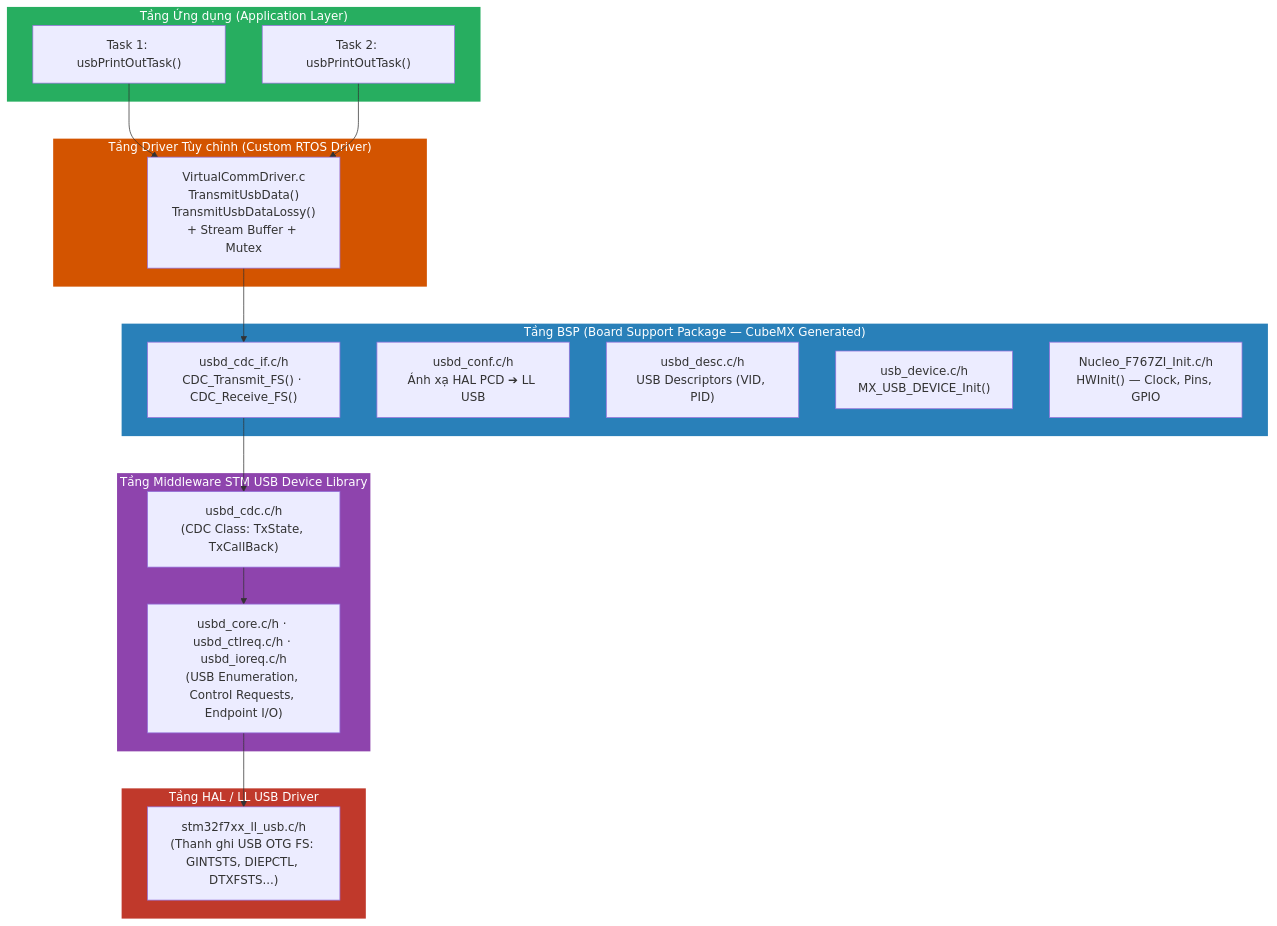
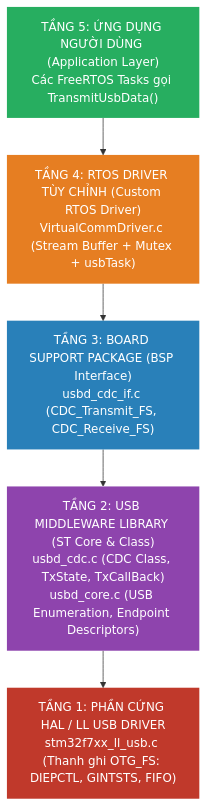
The second of 8 diagrams in 10_Sharing_Hardware_Peripherals.md (MinnT15/RTOS), drawn with Mermaid before and after one commit. The commit also changed other lines of this file, not shown here.

Commit message:
docs: upgrade Chapter 10 Sharing Hardware Peripherals across Tasks to 100% textbook depth (Amos Ch11 & Barry Ch7)

````diff
--- a/10_Sharing_Hardware_Peripherals.md
+++ b/10_Sharing_Hardware_Peripherals.md
@@ -733,41 +160,14 @@
 ```mermaid
 graph TD
-    subgraph App_Layer ["Tầng Ứng dụng (Application Layer)"]
-        TASK1["Task 1: usbPrintOutTask()"]
-        TASK2["Task 2: usbPrintOutTask()"]
-    end
-    
-    subgraph Driver_Layer ["Tầng Driver Tùy chỉnh (Custom RTOS Driver)"]
-        VCD["VirtualCommDriver.c<br/>TransmitUsbData()<br/>TransmitUsbDataLossy()<br/>+ Stream Buffer + Mutex"]
-    end
-    
-    subgraph BSP_Layer ["Tầng BSP (Board Support Package — CubeMX Generated)"]
-        CDC_IF["usbd_cdc_if.c/h<br/>CDC_Transmit_FS() · CDC_Receive_FS()"]
-        CONF["usbd_conf.c/h<br/>Ánh xạ HAL PCD ➔ LL USB"]
-        DESC["usbd_desc.c/h<br/>USB Descriptors (VID, PID)"]
-        INIT["usb_device.c/h<br/>MX_USB_DEVICE_Init()"]
-        HW["Nucleo_F767ZI_Init.c/h<br/>HWInit() — Clock, Pins, GPIO"]
-    end
-    
-    subgraph Middleware ["Tầng Middleware STM USB Device Library"]
-        CDC_CLASS["usbd_cdc.c/h<br/>(CDC Class: TxState, TxCallBack)"]
-        CORE["usbd_core.c/h · usbd_ctlreq.c/h · usbd_ioreq.c/h<br/>(USB Enumeration, Control Requests, Endpoint I/O)"]
-    end
-    
-    subgraph HAL_Layer ["Tầng HAL / LL USB Driver"]
-        LL["stm32f7xx_ll_usb.c/h<br/>(Thanh ghi USB OTG FS: GINTSTS, DIEPCTL, DTXFSTS...)"]
-    end
-    
-    TASK1 --> VCD
-    TASK2 --> VCD
-    VCD --> CDC_IF
-    CDC_IF --> CDC_CLASS
-    CDC_CLASS --> CORE
-    CORE --> LL
-    
-    style App_Layer fill:#27ae60,color:#fff,stroke:none
-    style Driver_Layer fill:#d35400,color:#fff,stroke:none
-    style BSP_Layer fill:#2980b9,color:#fff,stroke:none
-    style Middleware fill:#8e44ad,color:#fff,stroke:none
-    style HAL_Layer fill:#c0392b,color:#fff,stroke:none
+    L5["TẦNG 5: ỨNG DỤNG NGƯỜI DÙNG (Application Layer)<br/>Các FreeRTOS Tasks gọi TransmitUsbData()"] --> L4
+    L4["TẦNG 4: RTOS DRIVER TÙY CHỈNH (Custom RTOS Driver)<br/>VirtualCommDriver.c (Stream Buffer + Mutex + usbTask)"] --> L3
+    L3["TẦNG 3: BOARD SUPPORT PACKAGE (BSP Interface)<br/>usbd_cdc_if.c (CDC_Transmit_FS, CDC_Receive_FS)"] --> L2
+    L2["TẦNG 2: USB MIDDLEWARE LIBRARY (ST Core & Class)<br/>usbd_cdc.c (CDC Class, TxState, TxCallBack)<br/>usbd_core.c (USB Enumeration, Endpoint Descriptors)"] --> L1
+    L1["TẦNG 1: PHẦN CỨNG HAL / LL USB DRIVER<br/>stm32f7xx_ll_usb.c (Thanh ghi OTG_FS: DIEPCTL, GINTSTS, FIFO)"]
+
+    style L5 fill:#27ae60,color:#fff,stroke:none
+    style L4 fill:#e67e22,color:#fff,stroke:none
+    style L3 fill:#2980b9,color:#fff,stroke:none
+    style L2 fill:#8e44ad,color:#fff,stroke:none
+    style L1 fill:#c0392b,color:#fff,stroke:none
 ```
````
